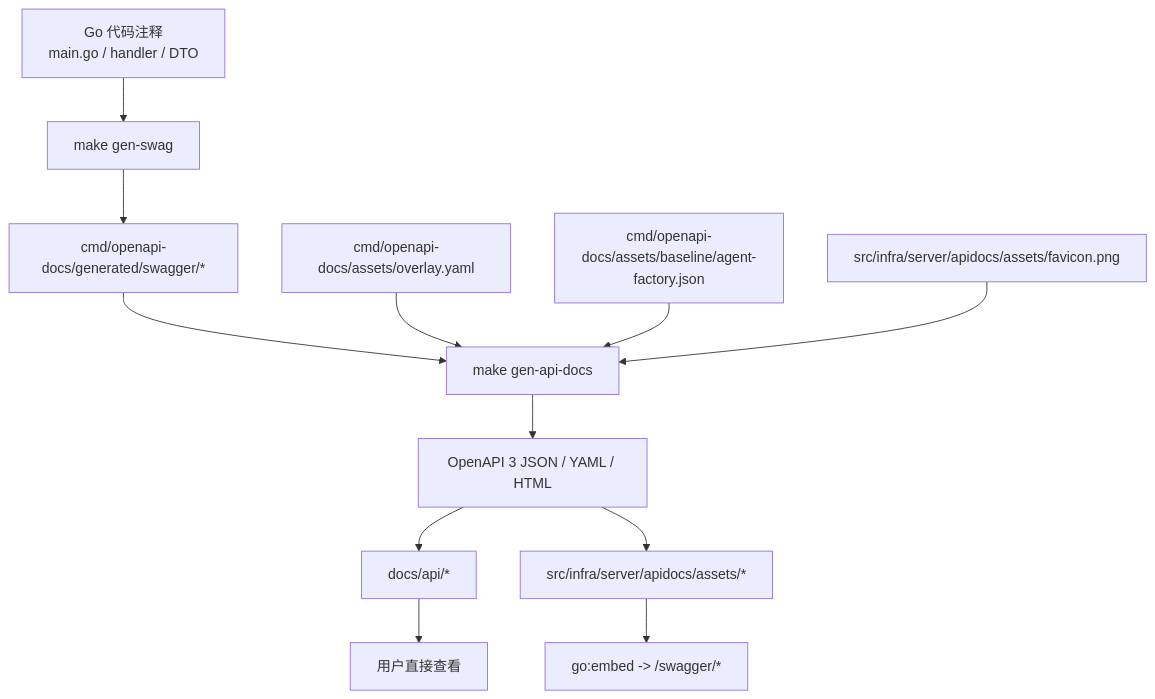
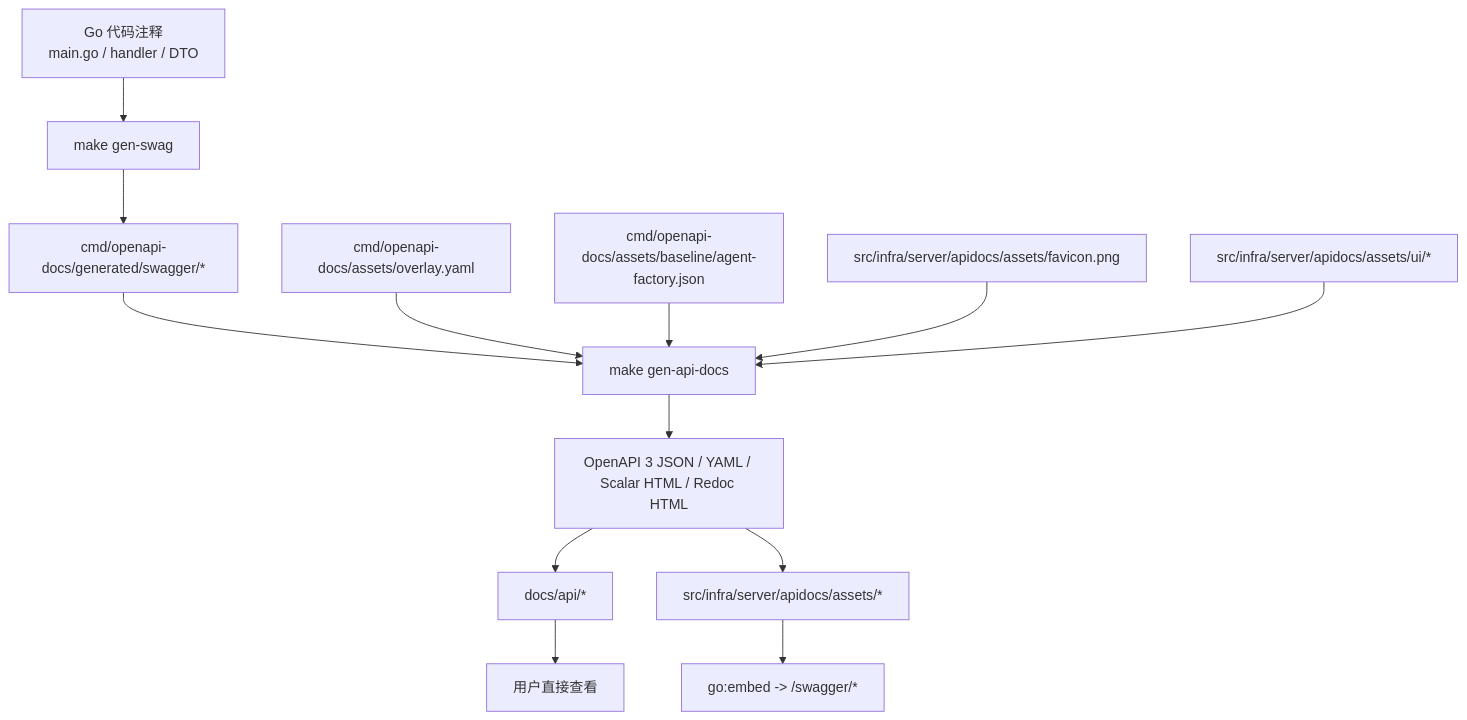
One commit to kweaver-ai/kweaver changed the diagram in decision-agent/agent-backend/agent-factory/cmd/openapi-docs/docs/swagger_openapi_pipeline.md. Above: the diagram before and after it, drawn with Mermaid. The commit also changed other lines of this file and 27 other files, not shown here.

First line of the commit message:
feat(decision-agent): enhance API documentation with Redoc support

````diff
--- a/decision-agent/agent-backend/agent-factory/cmd/openapi-docs/docs/swagger_openapi_pipeline.md
+++ b/decision-agent/agent-backend/agent-factory/cmd/openapi-docs/docs/swagger_openapi_pipeline.md
@@ -14,14 +14,15 @@
 ```mermaid
 flowchart TD
     A["Go 代码注释<br/>main.go / handler / DTO"] --> B["make gen-swag"]
     B --> C["cmd/openapi-docs/generated/swagger/*"]
     C --> D["make gen-api-docs"]
     E["cmd/openapi-docs/assets/overlay.yaml"] --> D
     F["cmd/openapi-docs/assets/baseline/agent-factory.json"] --> D
     G["src/infra/server/apidocs/assets/favicon.png"] --> D
-    D --> H["OpenAPI 3 JSON / YAML / HTML"]
+    M["src/infra/server/apidocs/assets/ui/*"] --> D
+    D --> H["OpenAPI 3 JSON / YAML / Scalar HTML / Redoc HTML"]
     H --> I["docs/api/*"]
     H --> J["src/infra/server/apidocs/assets/*"]
     I --> K["用户直接查看"]
     J --> L["go:embed -> /swagger/*"]
 ```
````
